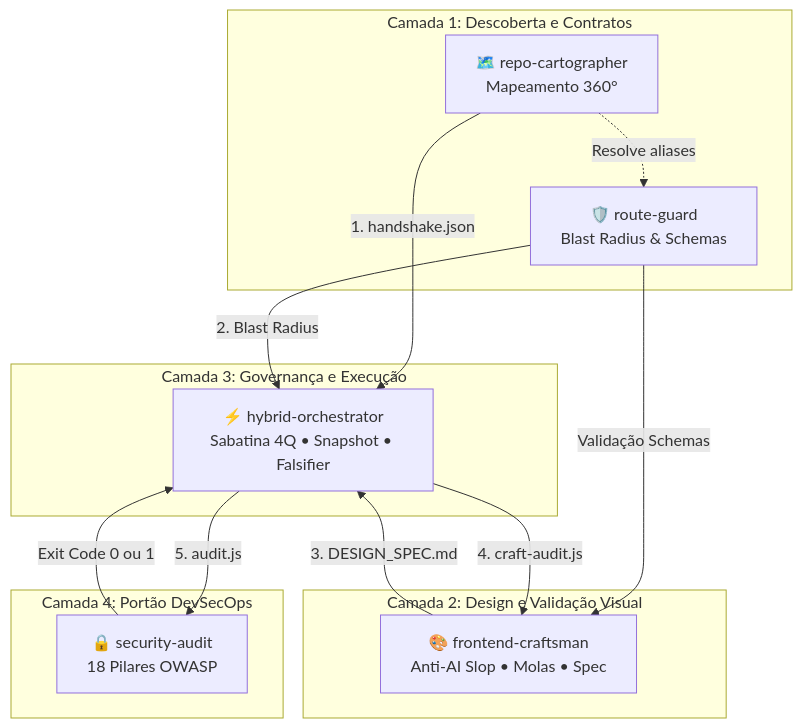
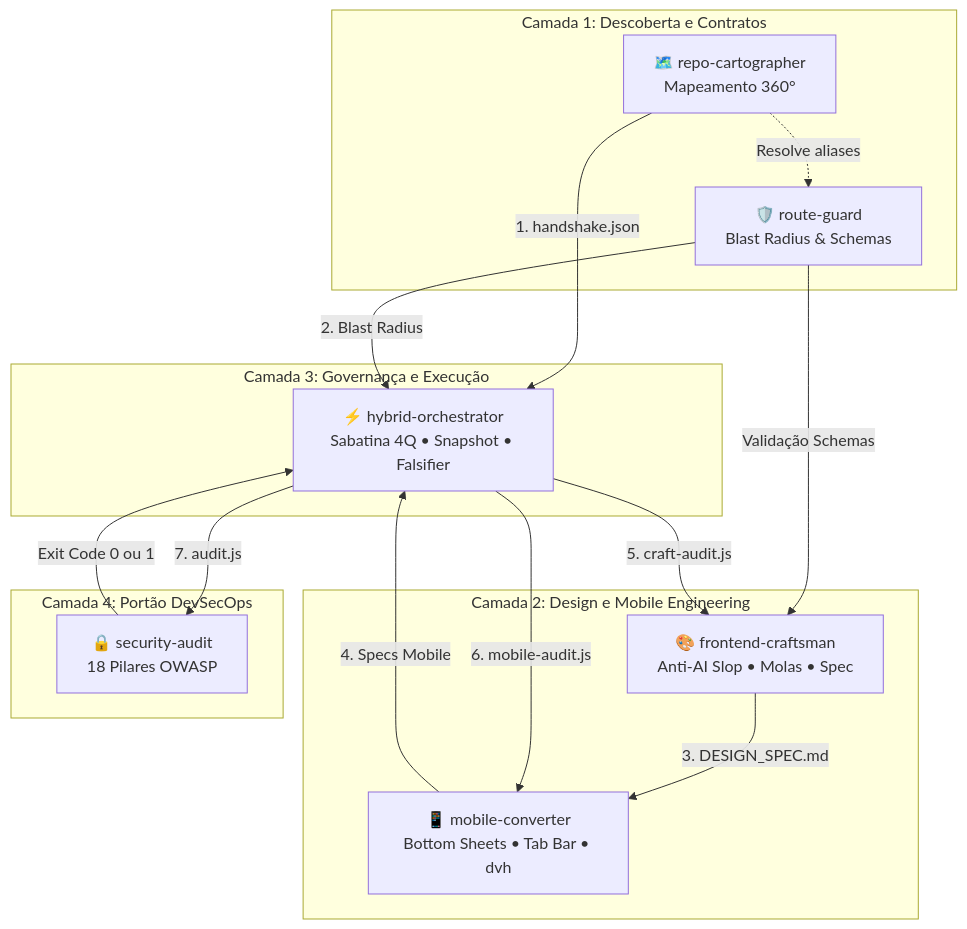
One commit to Henrique-All/skills changed the second of 4 diagrams in README.md. Above: the diagram before and after it, drawn with Mermaid. The commit also changed other lines of this file and 13 other files, not shown here.

Commit message:
feat(mobile-converter): create mobile-converter skill with audit, templates and monorepo integration

````diff
--- a/README.md
+++ b/README.md
@@ -44,29 +46,32 @@
 ```mermaid
 flowchart TD
     subgraph C1 ["Camada 1: Descoberta e Contratos"]
         RC["🗺️ repo-cartographer<br/>Mapeamento 360°"]
         RG["🛡️ route-guard<br/>Blast Radius & Schemas"]
     end
 
-    subgraph C2 ["Camada 2: Design e Validação Visual"]
+    subgraph C2 ["Camada 2: Design e Mobile Engineering"]
         FC["🎨 frontend-craftsman<br/>Anti-AI Slop • Molas • Spec"]
+        MC["📱 mobile-converter<br/>Bottom Sheets • Tab Bar • dvh"]
     end
 
     subgraph C3 ["Camada 3: Governança e Execução"]
         HO["⚡ hybrid-orchestrator<br/>Sabatina 4Q • Snapshot • Falsifier"]
     end
 
     subgraph C4 ["Camada 4: Portão DevSecOps"]
         SA["🔒 security-audit<br/>18 Pilares OWASP"]
     end
 
     %% Ligações
     RC -- "1. handshake.json" --> HO
     RC -. "Resolve aliases" .-> RG
     RG -- "2. Blast Radius" --> HO
     RG -- "Validação Schemas" --> FC
-    FC -- "3. DESIGN_SPEC.md" --> HO
-    HO -- "4. craft-audit.js" --> FC
-    HO -- "5. audit.js" --> SA
+    FC -- "3. DESIGN_SPEC.md" --> MC
+    MC -- "4. Specs Mobile" --> HO
+    HO -- "5. craft-audit.js" --> FC
+    HO -- "6. mobile-audit.js" --> MC
+    HO -- "7. audit.js" --> SA
     SA -- "Exit Code 0 ou 1" --> HO
 ```
````
